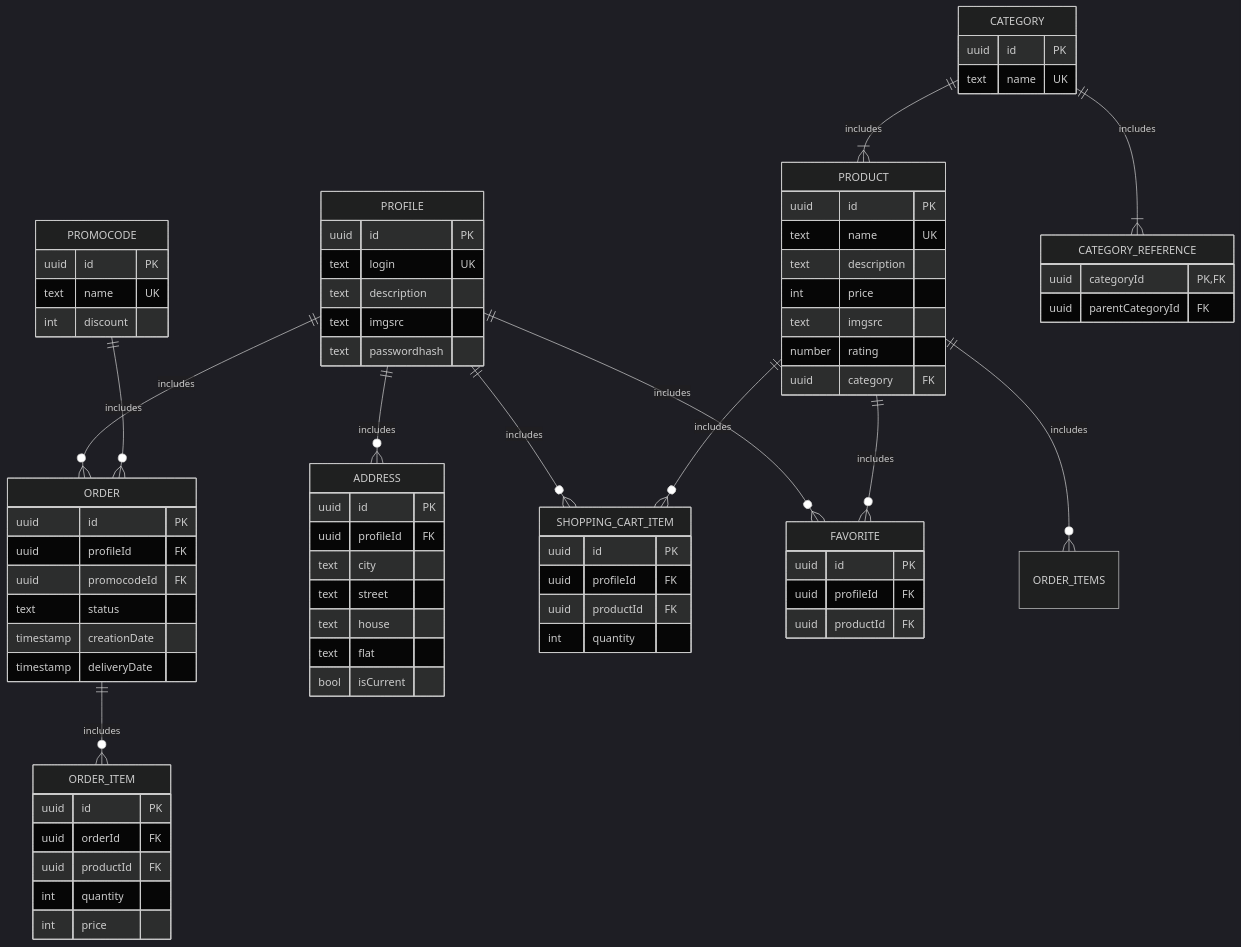
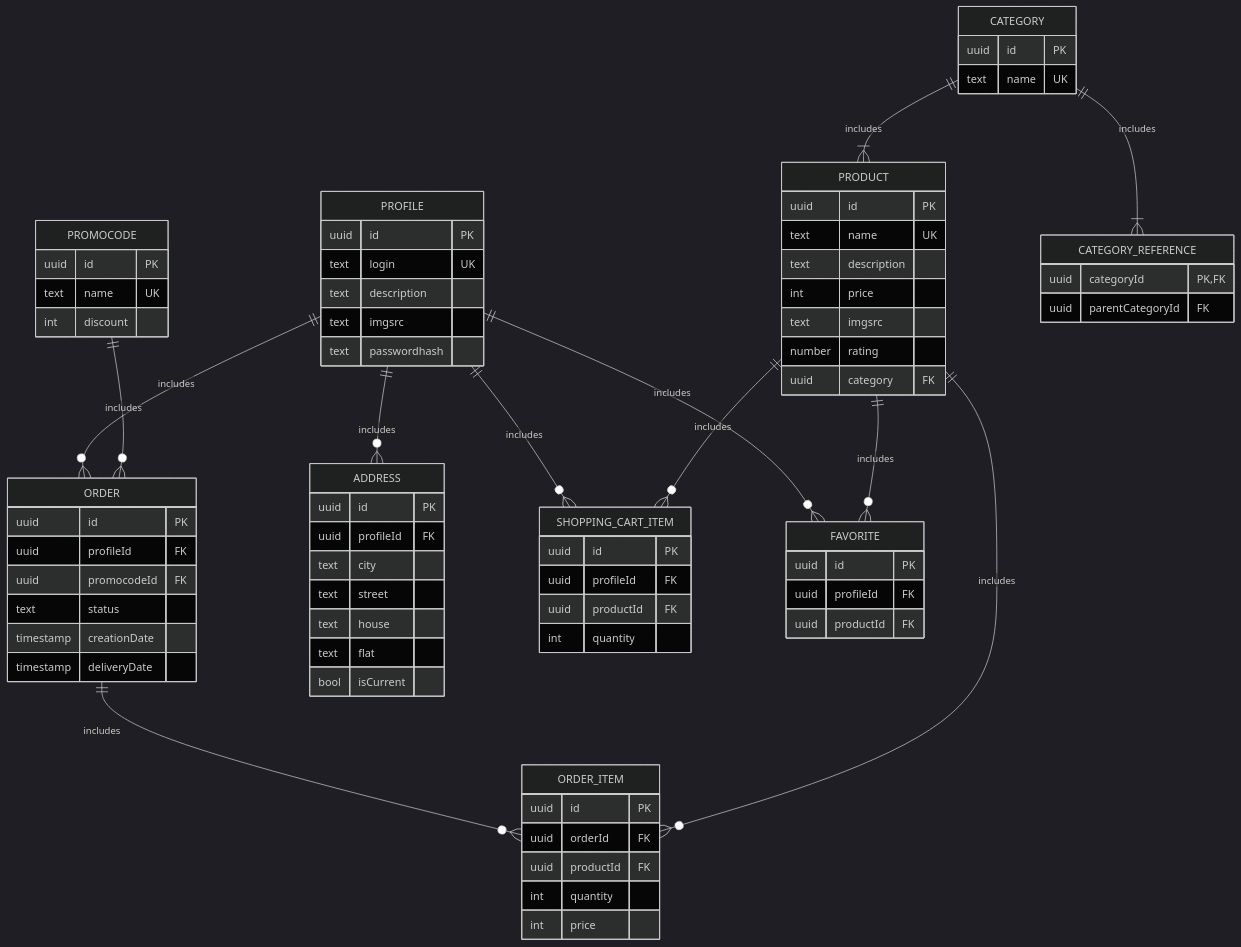
The diagram in db/normalized/relations.md (go-park-mail-ru/2023_2_potatiki), drawn with Mermaid (dark theme) before and after one commit.

```diff
--- a/db/normalized/relations.md
+++ b/db/normalized/relations.md
@@ -92,7 +92,7 @@
     PROMOCODE ||--o{ ORDER : includes
     ORDER ||--o{ ORDER_ITEM : includes
 
-    PRODUCT ||--o{ ORDER_ITEMS: includes
+    PRODUCT ||--o{ ORDER_ITEM: includes
     PRODUCT ||--o{ SHOPPING_CART_ITEM : includes
     CATEGORY ||--|{ PRODUCT : includes
     PRODUCT ||--o{ FAVORITE : includes
```
